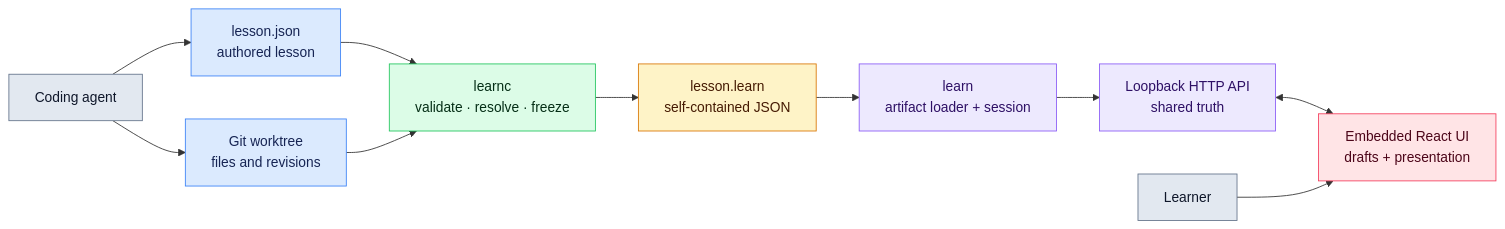
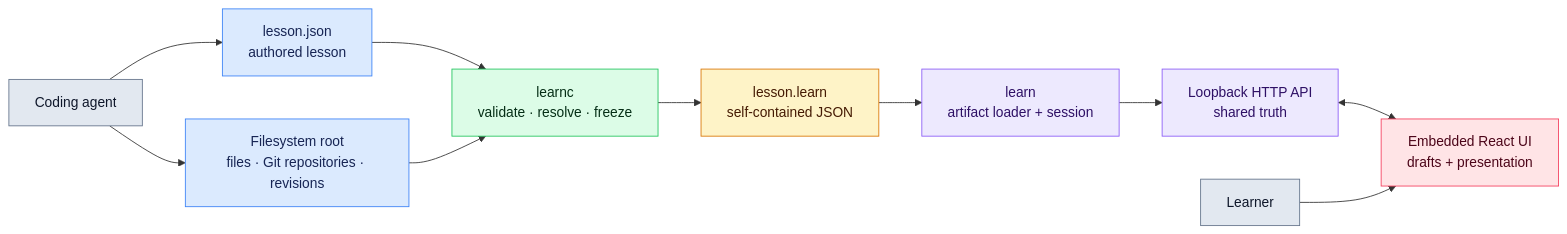
One commit to negative-nilgiri/teacher changed the first of 5 diagrams in docs/DEVELOPMENT.md. Above: the diagram before and after it, drawn with Mermaid. The commit also changed other lines of this file and 131 other files, not shown here.

````diff
--- a/docs/DEVELOPMENT.md
+++ b/docs/DEVELOPMENT.md
@@ -49,36 +49,36 @@
 ```mermaid
 flowchart LR
     Agent["Coding agent"]
     Learner["Learner"]
     Source["lesson.json<br/>authored lesson"]
-    Repo["Git worktree<br/>files and revisions"]
+    Repo["Filesystem root<br/>files · Git repositories · revisions"]
     Compiler["learnc<br/>validate · resolve · freeze"]
     Artifact["lesson.learn<br/>self-contained JSON"]
     Runtime["learn<br/>artifact loader + session"]
     Api["Loopback HTTP API<br/>shared truth"]
     Browser["Embedded React UI<br/>drafts + presentation"]
 
     Agent --> Source
     Agent --> Repo
     Source --> Compiler
     Repo --> Compiler
     Compiler --> Artifact
     Artifact --> Runtime
     Runtime --> Api
     Api <--> Browser
     Learner --> Browser
 
     classDef actor fill:#e2e8f0,stroke:#64748b,color:#0f172a
     classDef input fill:#dbeafe,stroke:#3b82f6,color:#172554
     classDef compiler fill:#dcfce7,stroke:#22c55e,color:#052e16
     classDef artifact fill:#fef3c7,stroke:#d97706,color:#451a03
     classDef runtime fill:#ede9fe,stroke:#8b5cf6,color:#2e1065
     classDef browser fill:#ffe4e6,stroke:#f43f5e,color:#4c0519
 
     class Agent,Learner actor
     class Source,Repo input
     class Compiler compiler
     class Artifact artifact
     class Runtime,Api runtime
     class Browser browser
 ```
````
